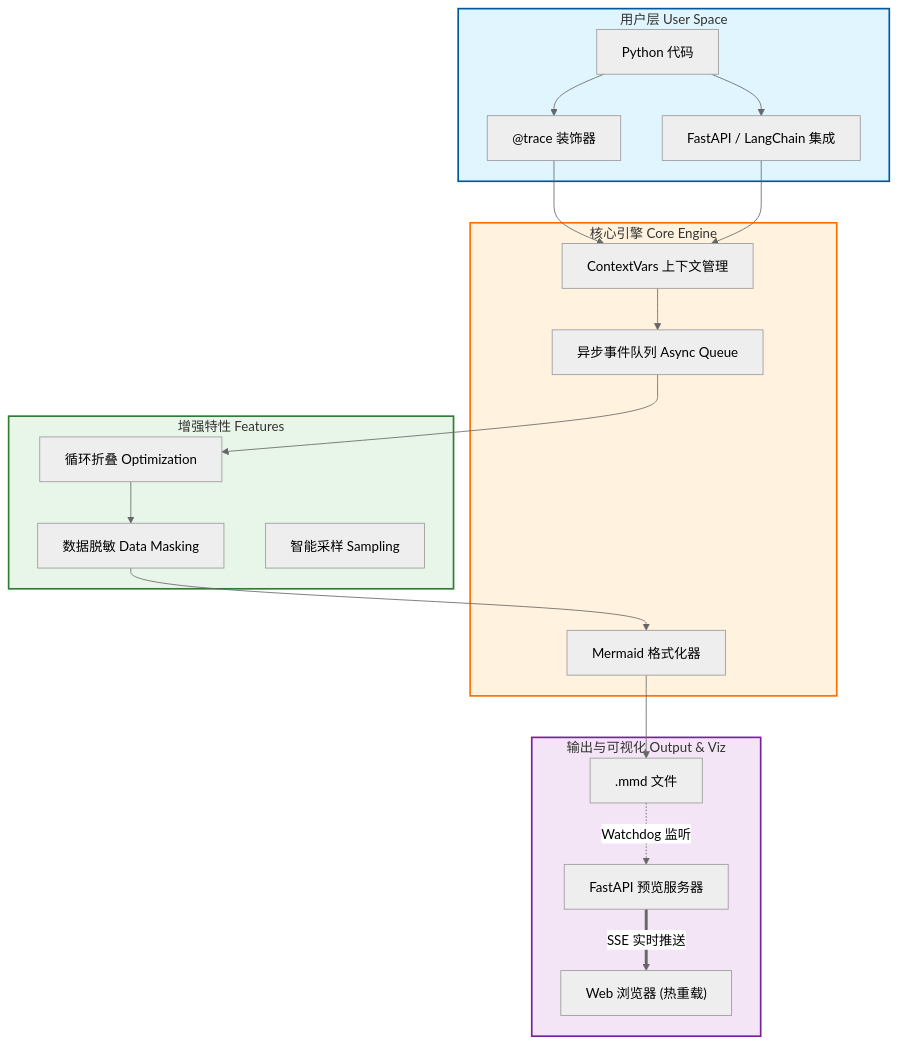
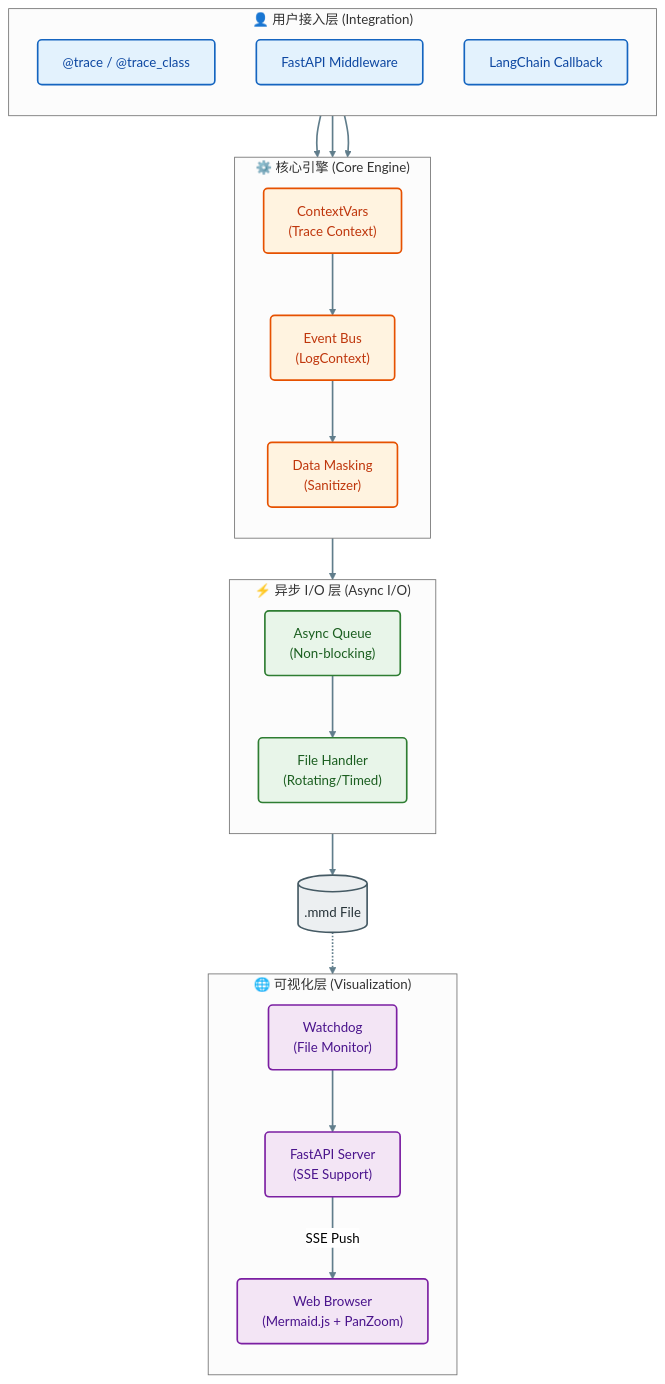
The diagram in docs/zh/BLOG.md (xt765/mermaid-trace), drawn with Mermaid (neutral theme) before and after one commit. The commit also changed other lines of this file and 2 other files, not shown here.

Commit message:
docs: overhaul documentation with professional mermaid diagrams and content

````diff
--- a/docs/zh/BLOG.md
+++ b/docs/zh/BLOG.md
@@ -27,43 +26,54 @@
 ```mermaid
-flowchart TD
-    subgraph User_Space ["用户层 User Space"]
-        Code["Python 代码"]
-        Decorators["@trace 装饰器"]
-        Integrations["FastAPI / LangChain 集成"]
+flowchart TB
+    %% 样式定义
+    classDef userLayer fill:#e3f2fd,stroke:#1565c0,stroke-width:2px,color:#0d47a1,rx:5,ry:5
+    classDef coreLayer fill:#fff3e0,stroke:#e65100,stroke-width:2px,color:#bf360c,rx:5,ry:5
+    classDef ioLayer fill:#e8f5e9,stroke:#2e7d32,stroke-width:2px,color:#1b5e20,rx:5,ry:5
+    classDef vizLayer fill:#f3e5f5,stroke:#7b1fa2,stroke-width:2px,color:#4a148c,rx:5,ry:5
+    classDef storage fill:#eceff1,stroke:#455a64,stroke-width:2px,color:#263238,shape:cyl
+
+    subgraph User["👤 用户接入层 (Integration)"]
+        direction TB
+        Decorator["@trace / @trace_class"]:::userLayer
+        Middleware["FastAPI Middleware"]:::userLayer
+        Callback["LangChain Callback"]:::userLayer
     end
 
-    subgraph Core_Engine ["核心引擎 Core Engine"]
-        Context["ContextVars 上下文管理"]
-        Queue["异步事件队列 Async Queue"]
-        Formatter["Mermaid 格式化器"]
+    subgraph Core["⚙️ 核心引擎 (Core Engine)"]
+        direction TB
+        Context["ContextVars<br/>(Trace Context)"]:::coreLayer
+        EventBus["Event Bus<br/>(LogContext)"]:::coreLayer
+        Masker["Data Masking<br/>(Sanitizer)"]:::coreLayer
     end
 
-    subgraph Features ["增强特性 Features"]
-        Masking["数据脱敏 Data Masking"]
-        Sampling["智能采样 Sampling"]
-        Optimize["循环折叠 Optimization"]
+    subgraph IO["⚡ 异步 I/O 层 (Async I/O)"]
+        direction TB
+        Queue["Async Queue<br/>(Non-blocking)"]:::ioLayer
+        Writer["File Handler<br/>(Rotating/Timed)"]:::ioLayer
     end
 
-    subgraph Output_Layer ["输出与可视化 Output & Viz"]
-        File[".mmd 文件"]
-        Server["FastAPI 预览服务器"]
-        Browser["Web 浏览器 (热重载)"]
+    Storage[(".mmd File")]:::storage
+
+    subgraph Viz["🌐 可视化层 (Visualization)"]
+        direction TB
+        Watcher["Watchdog<br/>(File Monitor)"]:::vizLayer
+        Server["FastAPI Server<br/>(SSE Support)"]:::vizLayer
+        Browser["Web Browser<br/>(Mermaid.js + PanZoom)"]:::vizLayer
     end
 
-    Code --> Decorators
-    Code --> Integrations
-    Decorators --> Context
-    Integrations --> Context
-    Context --> Queue
-    Queue --> Optimize
-    Optimize --> Masking
-    Masking --> Formatter
-    Formatter --> File
-    File -.->|"Watchdog 监听"| Server
-    Server == "SSE 实时推送" ==> Browser
+    %% 数据流向
+    Decorator --> Context
+    Middleware --> Context
+    Callback --> Context
+    Context --> EventBus
+    EventBus --> Masker
+    Masker --> Queue
+    Queue --> Writer
+    Writer --> Storage
+    Storage -.-> Watcher
+    Watcher --> Server
+    Server == "SSE Push" ==> Browser
 
-    style User_Space fill:#e1f5fe,stroke:#01579b,stroke-width:2px
-    style Core_Engine fill:#fff3e0,stroke:#ff6f00,stroke-width:2px
-    style Features fill:#e8f5e9,stroke:#2e7d32,stroke-width:2px
-    style Output_Layer fill:#f3e5f5,stroke:#7b1fa2,stroke-width:2px
+    %% 连接样式
+    linkStyle default stroke:#607d8b,stroke-width:2px
 ```
````
